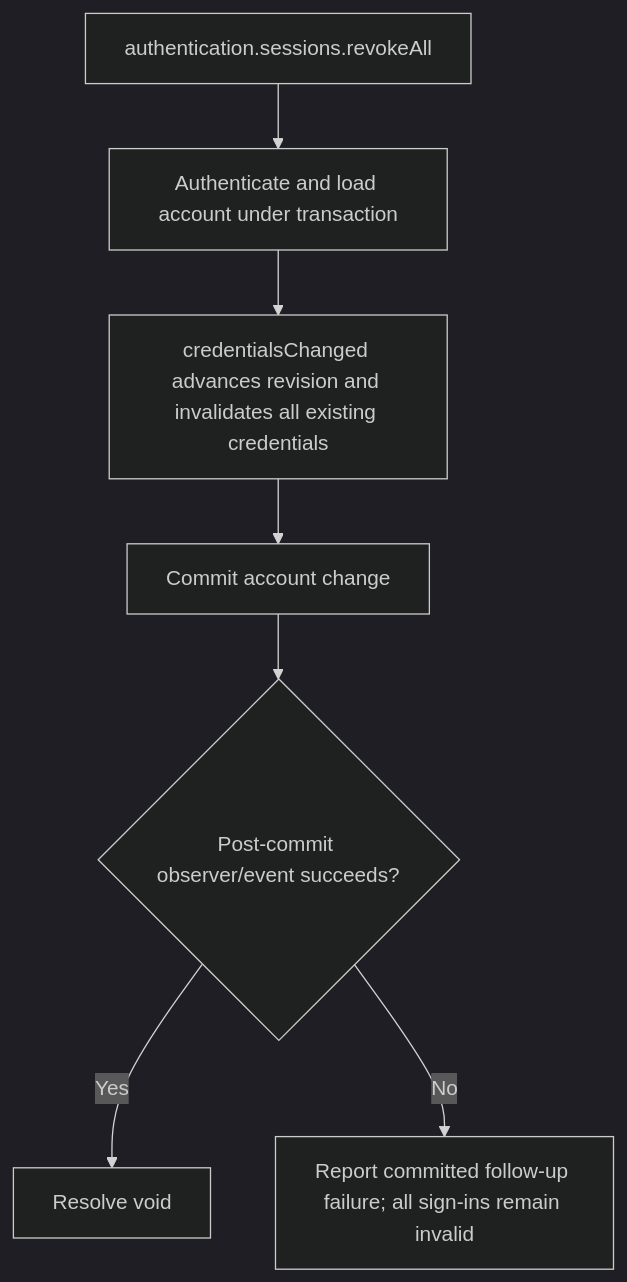
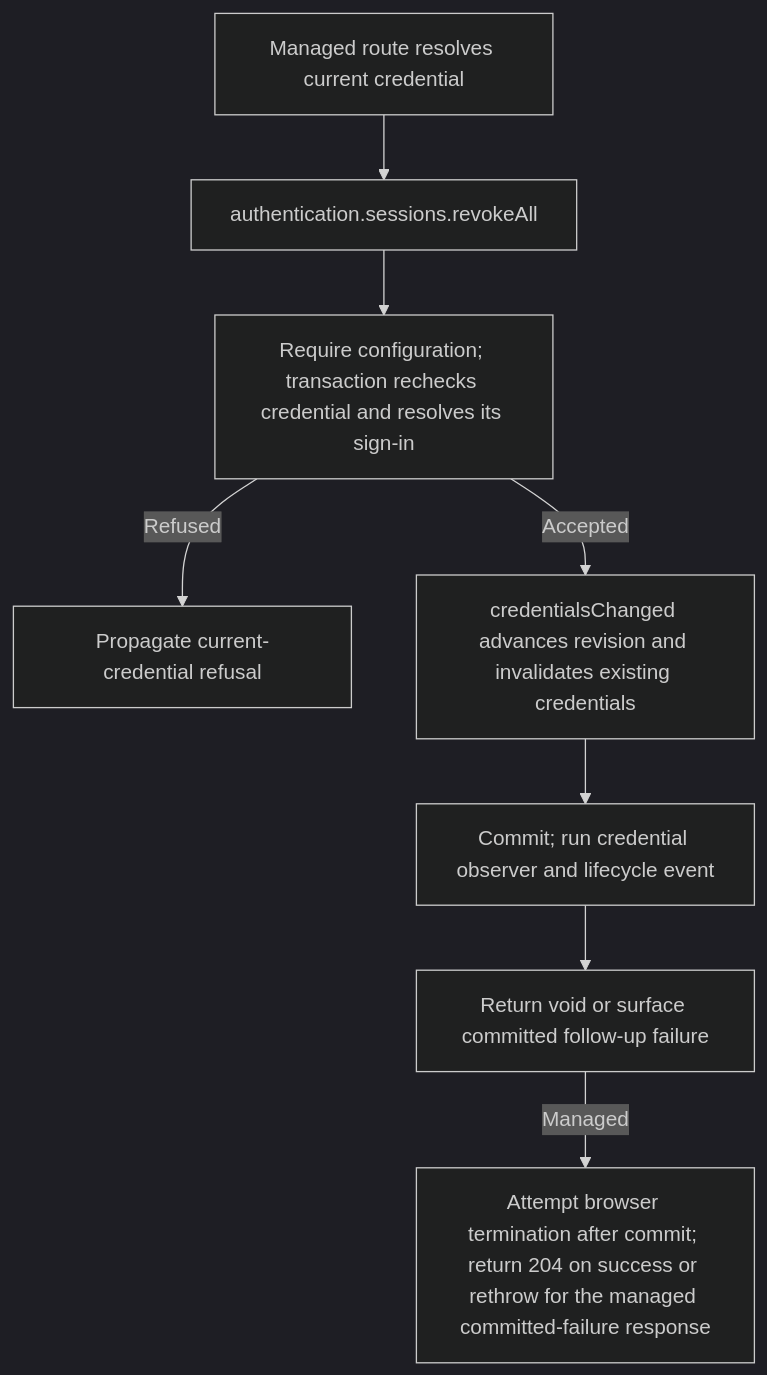
The second of 2 diagrams in user-stories/US-ACCOUNT-17-revoke-all-devices.md (Kevinjohn/oss-adonisjs-account-kit), drawn with Mermaid (dark theme) before and after one commit. The commit also changed other lines of this file and 70 other files, not shown here.

````diff
--- a/user-stories/US-ACCOUNT-17-revoke-all-devices.md
+++ b/user-stories/US-ACCOUNT-17-revoke-all-devices.md
@@ -30,9 +30,10 @@
 ```mermaid
 flowchart TD
- A["authentication.sessions.revokeAll"] --> B["Authenticate and load account under transaction"]
- B --> C["credentialsChanged advances revision and invalidates all existing credentials"]
- C --> D["Commit account change"]
- D --> E{"Post-commit observer/event succeeds?"}
- E -->|Yes| F["Resolve void"]
- E -->|No| G["Report committed follow-up failure; all sign-ins remain invalid"]
+  M["Managed route resolves current credential"] --> A["authentication.sessions.revokeAll"]
+  A --> B["Require configuration; transaction rechecks credential and resolves its sign-in"]
+  B -->|Refused| X["Propagate current-credential refusal"]
+  B -->|Accepted| C["credentialsChanged advances revision and invalidates existing credentials"]
+  C --> D["Commit; run credential observer and lifecycle event"]
+  D --> E["Return void or surface committed follow-up failure"]
+  E -->|Managed| F["Attempt browser termination after commit; return 204 on success or rethrow for the managed committed-failure response"]
 ```
````
